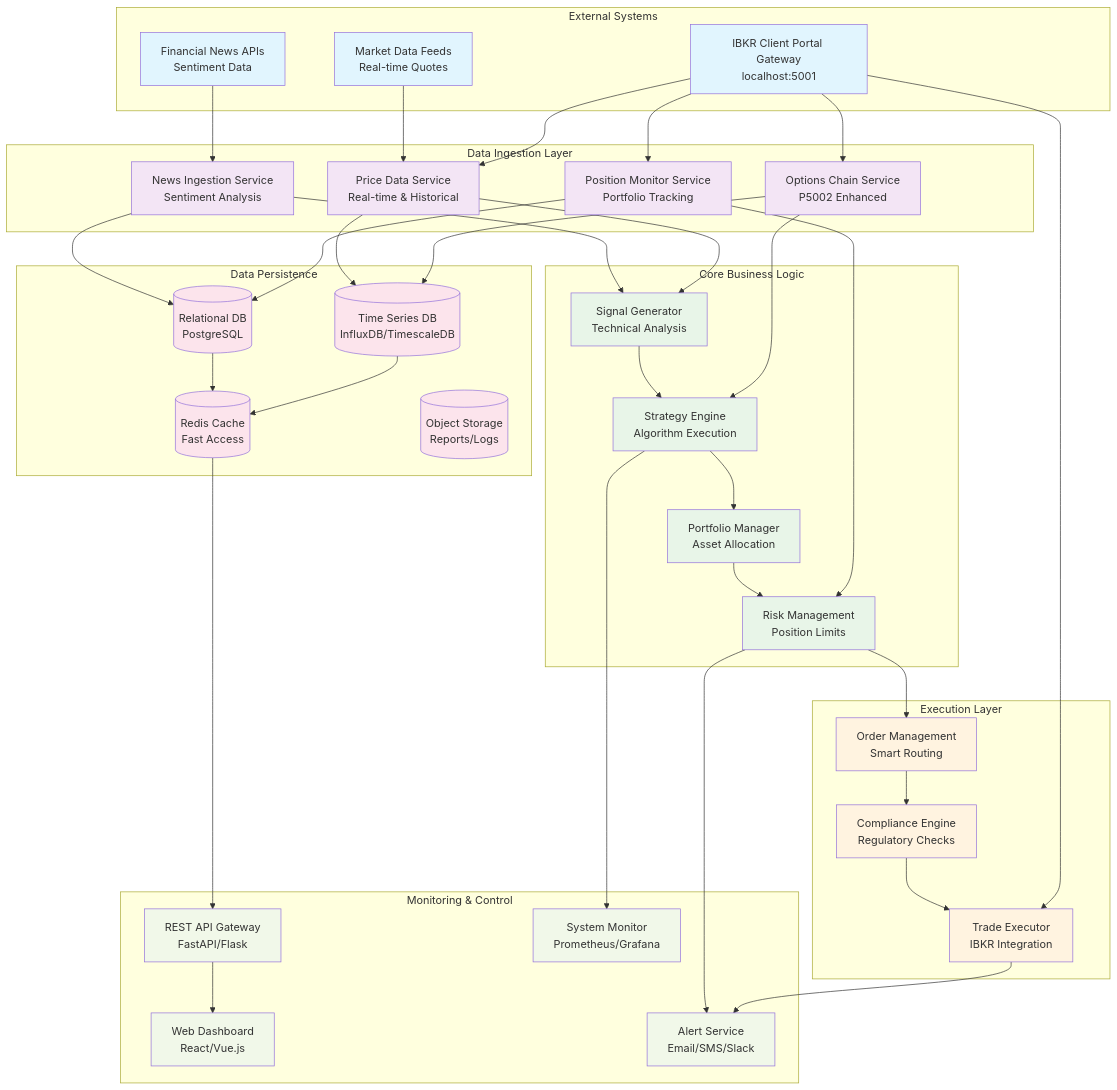
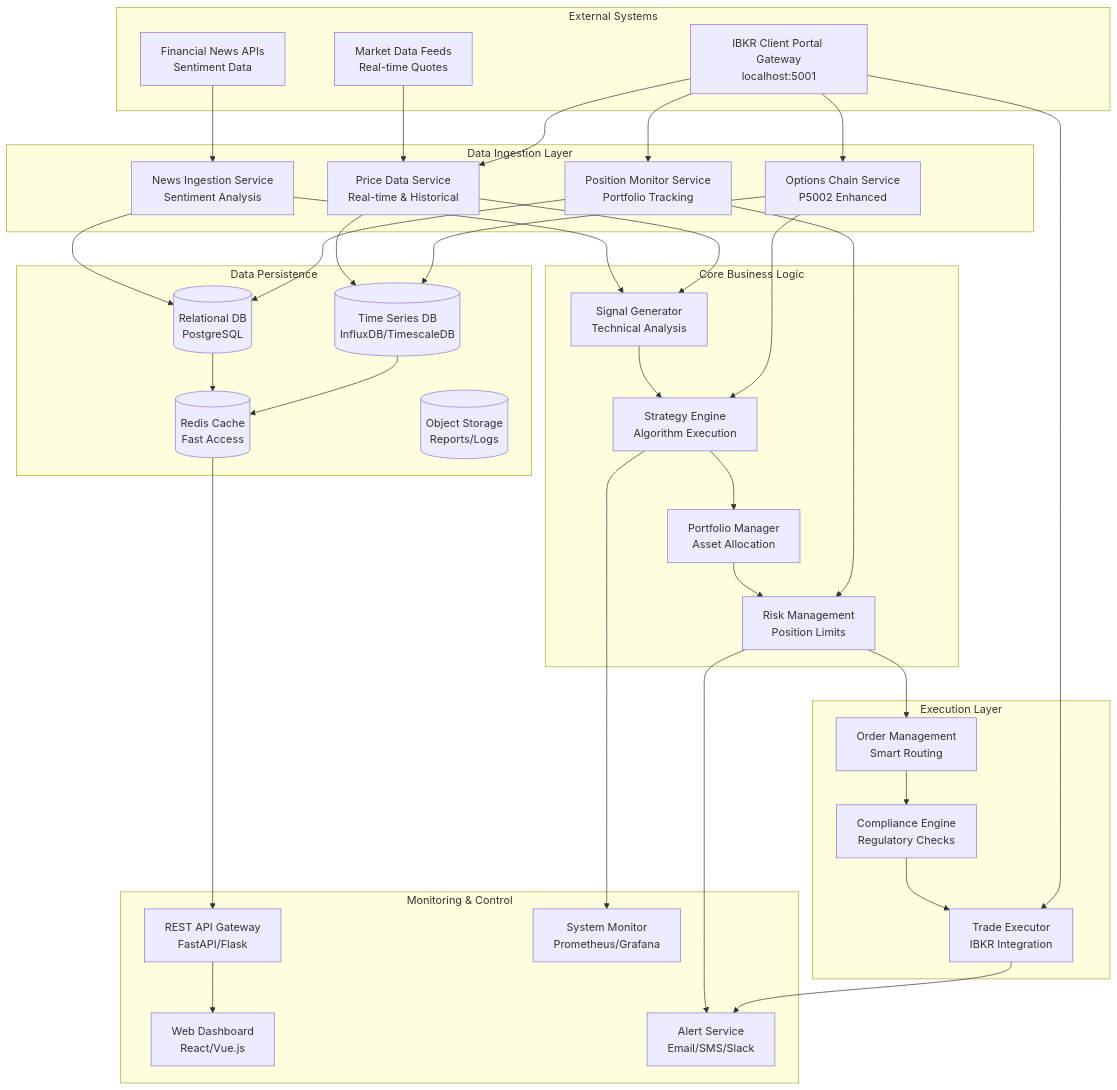
Before and after one commit to petewilburn/Python-Programs-for-Fun-and-Education: the first of 7 diagrams in src/Python_Programs/IBKR_Trading_System_Architecture.md, drawn with Mermaid. The commit also changed other lines of this file and 3 other files, not shown here.

Commit message:
Remove all Mermaid styling for better dark mode compatibility

````diff
--- a/src/Python_Programs/IBKR_Trading_System_Architecture.md
+++ b/src/Python_Programs/IBKR_Trading_System_Architecture.md
@@ -87,19 +87,4 @@
     StrategyEngine --> Monitoring
     TradeExec --> AlertSvc
     RiskEngine --> AlertSvc
-    
-    %% Styling
-    classDef external fill:#e1f5fe
-    classDef ingestion fill:#f3e5f5
-    classDef business fill:#e8f5e8
-    classDef execution fill:#fff3e0
-    classDef data fill:#fce4ec
-    classDef monitoring fill:#f1f8e9
-    
-    class IBKR,MarketData,NewsAPI external
-    class OptionsChain,PriceData,PositionSvc,NewsIngestion ingestion
-    class StrategyEngine,RiskEngine,SignalGen,Portfolio business
-    class OrderMgmt,TradeExec,Compliance execution
-    class TimeSeriesDB,RelationalDB,CacheLayer,BlobStorage data
-    class Dashboard,API,Monitoring,AlertSvc monitoring
 ```
````
